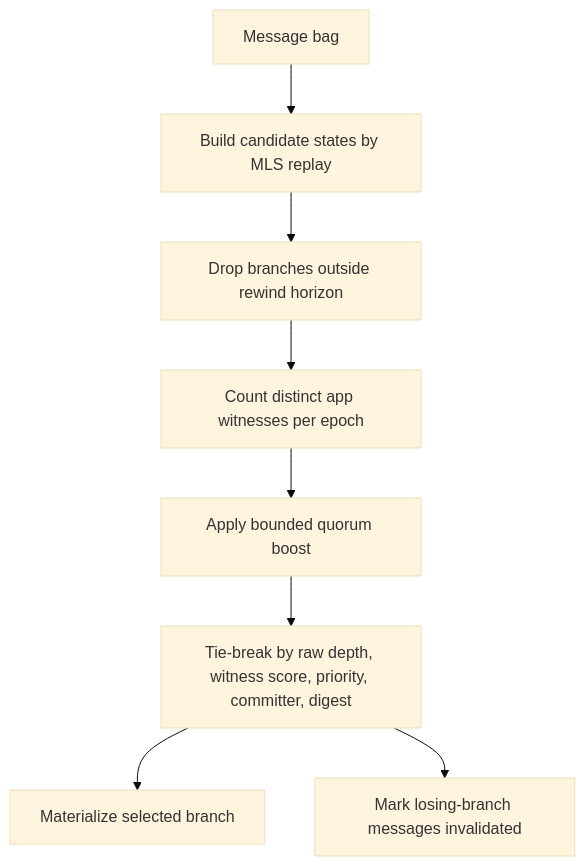
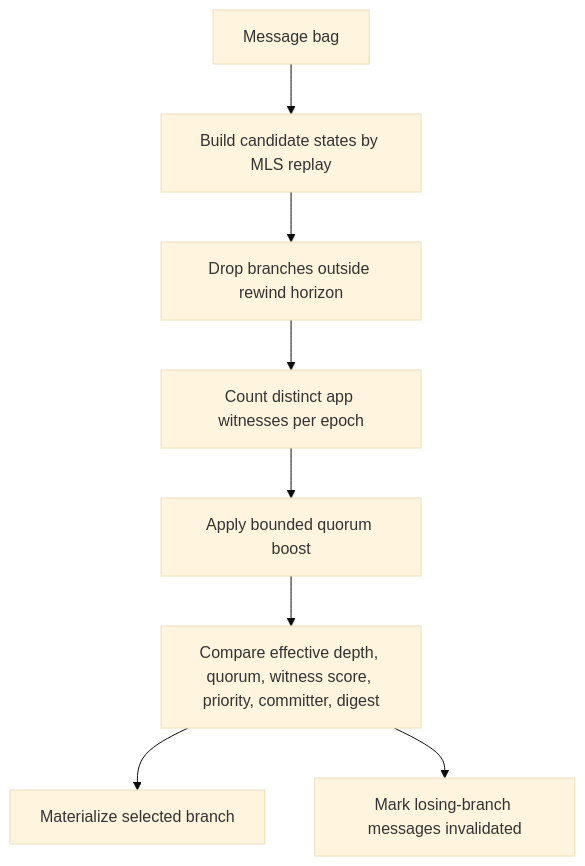
One commit to marmot-protocol/mdk changed the third of 3 diagrams in docs/marmot-architecture/distributed-convergence.md. Above: the diagram before and after it, drawn with Mermaid (base theme). The commit also changed 5 other files, not shown here.

````diff
--- a/docs/marmot-architecture/distributed-convergence.md
+++ b/docs/marmot-architecture/distributed-convergence.md
@@ -202,10 +202,10 @@
 ```mermaid
 flowchart TD
     A["Message bag"] --> B["Build candidate states by MLS replay"]
     B --> C["Drop branches outside rewind horizon"]
     C --> D["Count distinct app witnesses per epoch"]
     D --> E["Apply bounded quorum boost"]
-    E --> F["Tie-break by raw depth, witness score, priority, committer, digest"]
+    E --> F["Compare effective depth, quorum, witness score, priority, committer, digest"]
     F --> G["Materialize selected branch"]
     F --> H["Mark losing-branch messages invalidated"]
 ```
````
